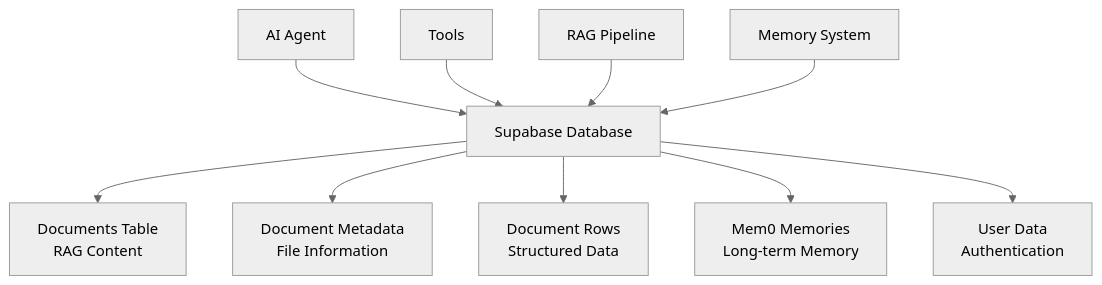
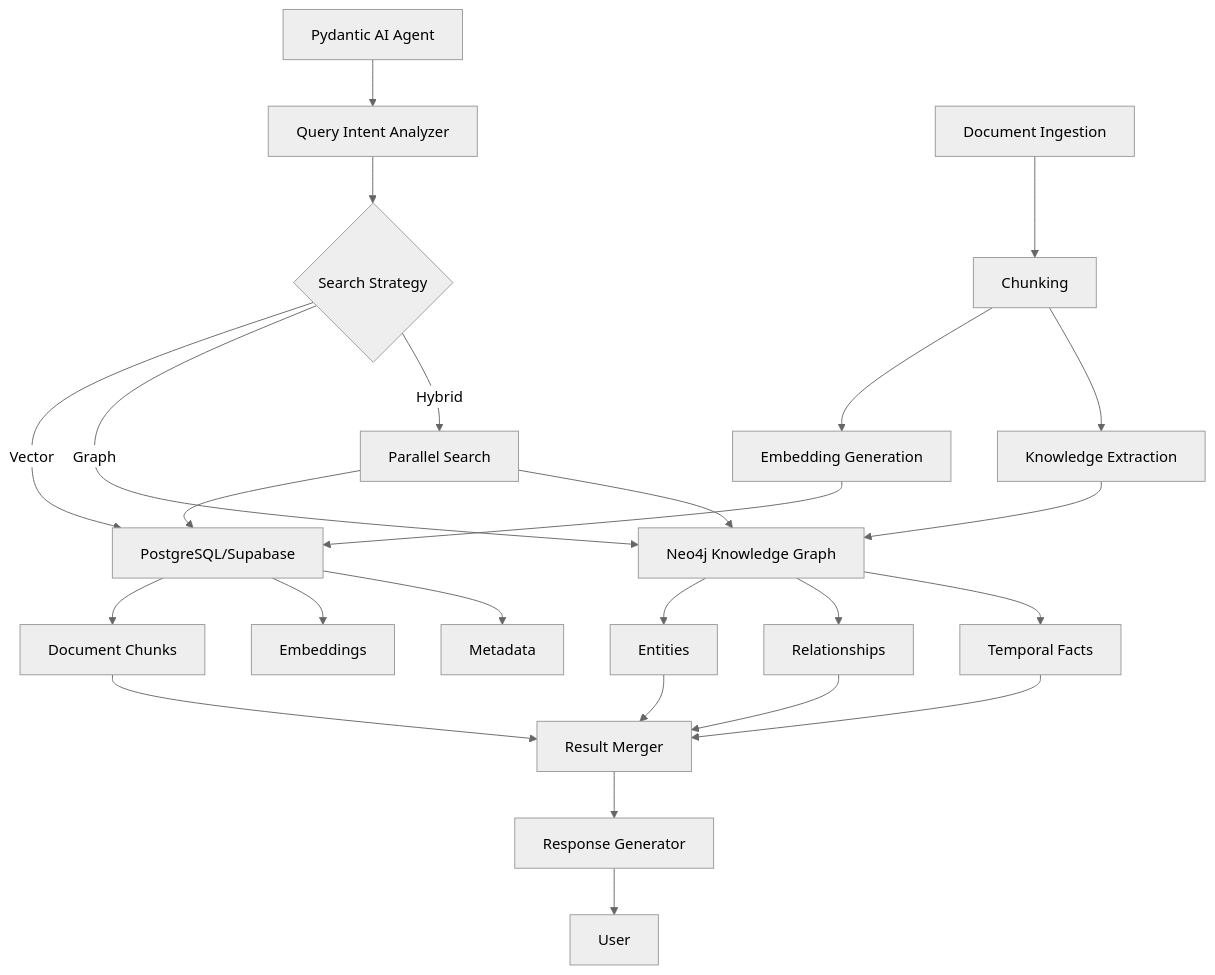
One commit to moshehbenavraham/knowledge-graph-pydantic-agent changed the diagram in docs/DB_AND_RAG.md. Above: the diagram before and after it, drawn with Mermaid (neutral theme). The commit also changed other lines of this file and 35 other files, not shown here.

First line of the commit message:
feat: enhance agentic RAG system with comprehensive Phase 4 implementation

````diff
--- a/docs/DB_AND_RAG.md
+++ b/docs/DB_AND_RAG.md
@@ -9,13 +17,34 @@
 ```mermaid
 graph TB
-    A[AI Agent] --> B[Supabase Database]
-    B --> C[Documents Table<br/>RAG Content]
-    B --> D[Document Metadata<br/>File Information]
-    B --> E[Document Rows<br/>Structured Data]
-    B --> F[Mem0 Memories<br/>Long-term Memory]
-    B --> G[User Data<br/>Authentication]
-
-    H[Tools] --> B
-    I[RAG Pipeline] --> B
-    J[Memory System] --> B
+    A[Pydantic AI Agent] --> B[Query Intent Analyzer]
+    B --> C{Search Strategy}
+    
+    C -->|Vector| D[PostgreSQL/Supabase]
+    C -->|Graph| E[Neo4j Knowledge Graph]
+    C -->|Hybrid| F[Parallel Search]
+    
+    D --> G[Document Chunks]
+    D --> H[Embeddings]
+    D --> I[Metadata]
+    
+    E --> J[Entities]
+    E --> K[Relationships]
+    E --> L[Temporal Facts]
+    
+    F --> D
+    F --> E
+    
+    G --> M[Result Merger]
+    J --> M
+    K --> M
+    L --> M
+    
+    M --> N[Response Generator]
+    N --> O[User]
+    
+    P[Document Ingestion] --> Q[Chunking]
+    Q --> R[Embedding Generation]
+    R --> D
+    Q --> S[Knowledge Extraction]
+    S --> E
 ```
````
